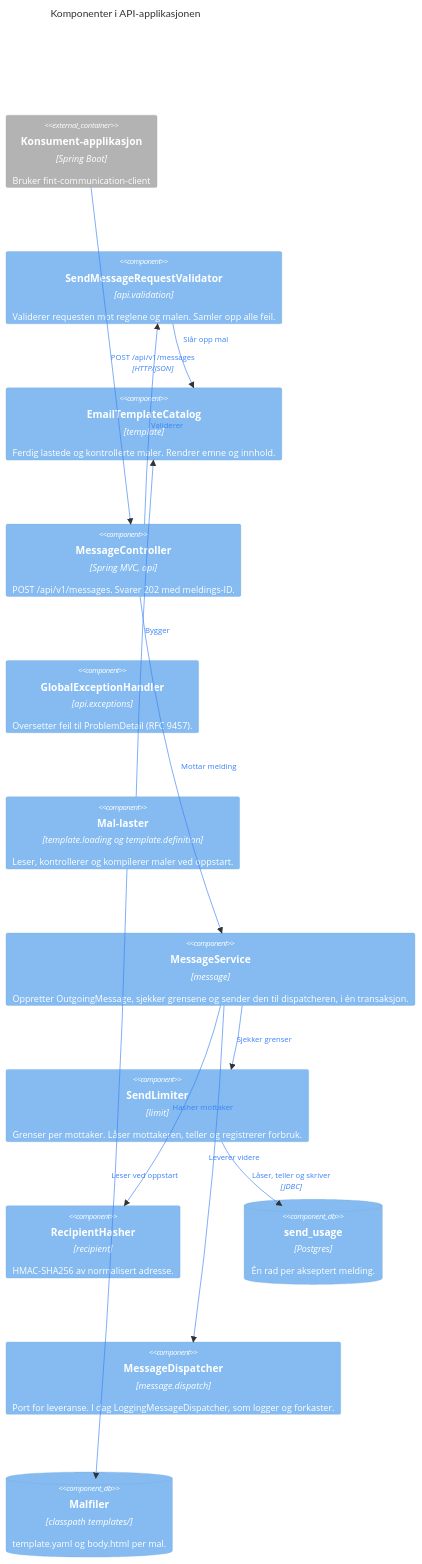
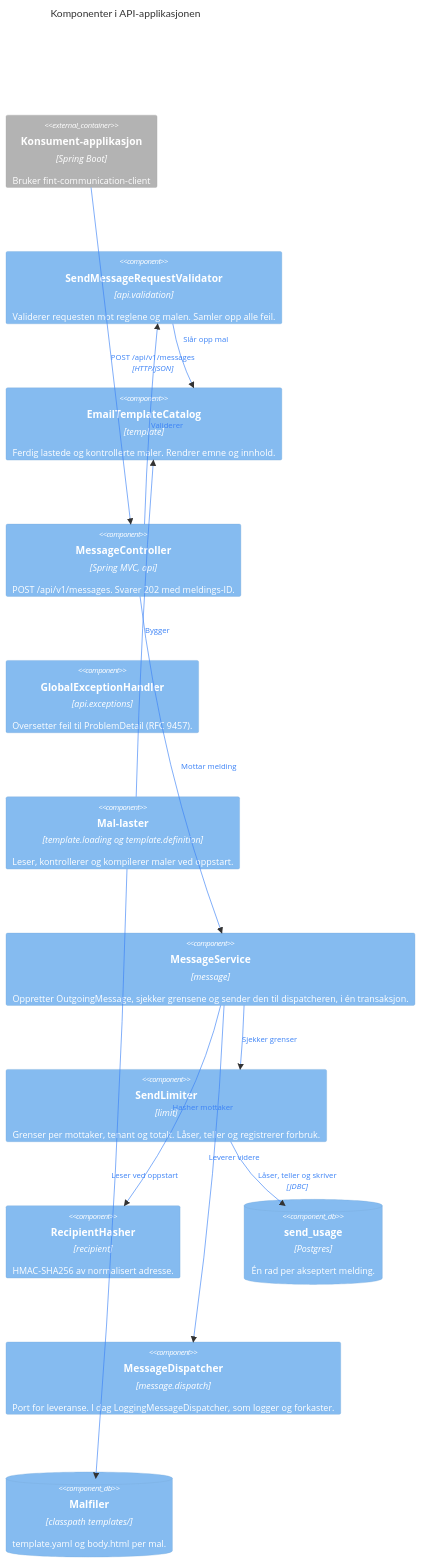
The third of 12 diagrams in docs/architecture.md (FINTLabs/fint-communication-service), drawn with Mermaid before and after one commit. The commit also changed other lines of this file and 11 other files, not shown here.

Commit message:
feat: grenser per tenant og totalt

````diff
--- a/docs/architecture.md
+++ b/docs/architecture.md
@@ -102,40 +102,40 @@
 ```mermaid
 C4Component
     title Komponenter i API-applikasjonen
 
     Container_Ext(konsumentApp, "Konsument-applikasjon", "Spring Boot", "Bruker fint-communication-client")
     Component(validator, "SendMessageRequestValidator", "api.validation", "Validerer requesten mot reglene og malen. Samler opp alle feil.")
     Component(catalog, "EmailTemplateCatalog", "template", "Ferdig lastede og kontrollerte maler. Rendrer emne og innhold.")
     Component(controller, "MessageController", "Spring MVC, api", "POST /api/v1/messages. Svarer 202 med meldings-ID.")
     Component(handler, "GlobalExceptionHandler", "api.exceptions", "Oversetter feil til ProblemDetail (RFC 9457).")
     Component(loader, "Mal-laster", "template.loading og template.definition", "Leser, kontrollerer og kompilerer maler ved oppstart.")
     Component(service, "MessageService", "message", "Oppretter OutgoingMessage, sjekker grensene og sender den til dispatcheren, i én transaksjon.")
-    Component(limiter, "SendLimiter", "limit", "Grenser per mottaker. Låser mottakeren, teller og registrerer forbruk.")
+    Component(limiter, "SendLimiter", "limit", "Grenser per mottaker, tenant og totalt. Låser, teller og registrerer forbruk.")
     Component(hasher, "RecipientHasher", "recipient", "HMAC-SHA256 av normalisert adresse.")
     ComponentDb(usage, "send_usage", "Postgres", "Én rad per akseptert melding.")
     Component(dispatcher, "MessageDispatcher", "message.dispatch", "Port for leveranse. I dag LoggingMessageDispatcher, som logger og forkaster.")
     ComponentDb(files, "Malfiler", "classpath templates/", "template.yaml og body.html per mal.")
 
     Rel(konsumentApp, controller, "POST /api/v1/messages", "HTTP/JSON")
     Rel(controller, validator, "Validerer")
     Rel(validator, catalog, "Slår opp mal")
     Rel(controller, service, "Mottar melding")
     Rel(service, hasher, "Hasher mottaker")
     Rel(service, limiter, "Sjekker grenser")
     Rel(limiter, usage, "Låser, teller og skriver", "JDBC")
     Rel(service, dispatcher, "Leverer videre")
     Rel(loader, catalog, "Bygger")
     Rel(loader, files, "Leser ved oppstart")
 
     UpdateRelStyle(konsumentApp, controller, $textColor="#3B82F6", $lineColor="#3B82F6")
     UpdateRelStyle(controller, validator, $textColor="#3B82F6", $lineColor="#3B82F6")
     UpdateRelStyle(validator, catalog, $textColor="#3B82F6", $lineColor="#3B82F6", $offsetY="-28")
     UpdateRelStyle(controller, service, $textColor="#3B82F6", $lineColor="#3B82F6")
     UpdateRelStyle(service, hasher, $textColor="#3B82F6", $lineColor="#3B82F6")
     UpdateRelStyle(service, limiter, $textColor="#3B82F6", $lineColor="#3B82F6")
     UpdateRelStyle(limiter, usage, $textColor="#3B82F6", $lineColor="#3B82F6")
     UpdateRelStyle(service, dispatcher, $textColor="#3B82F6", $lineColor="#3B82F6", $offsetY="-28")
     UpdateRelStyle(loader, catalog, $textColor="#3B82F6", $lineColor="#3B82F6")
     UpdateRelStyle(loader, files, $textColor="#3B82F6", $lineColor="#3B82F6")
     UpdateLayoutConfig($c4ShapeInRow="3", $c4BoundaryInRow="1")
 ```
````
